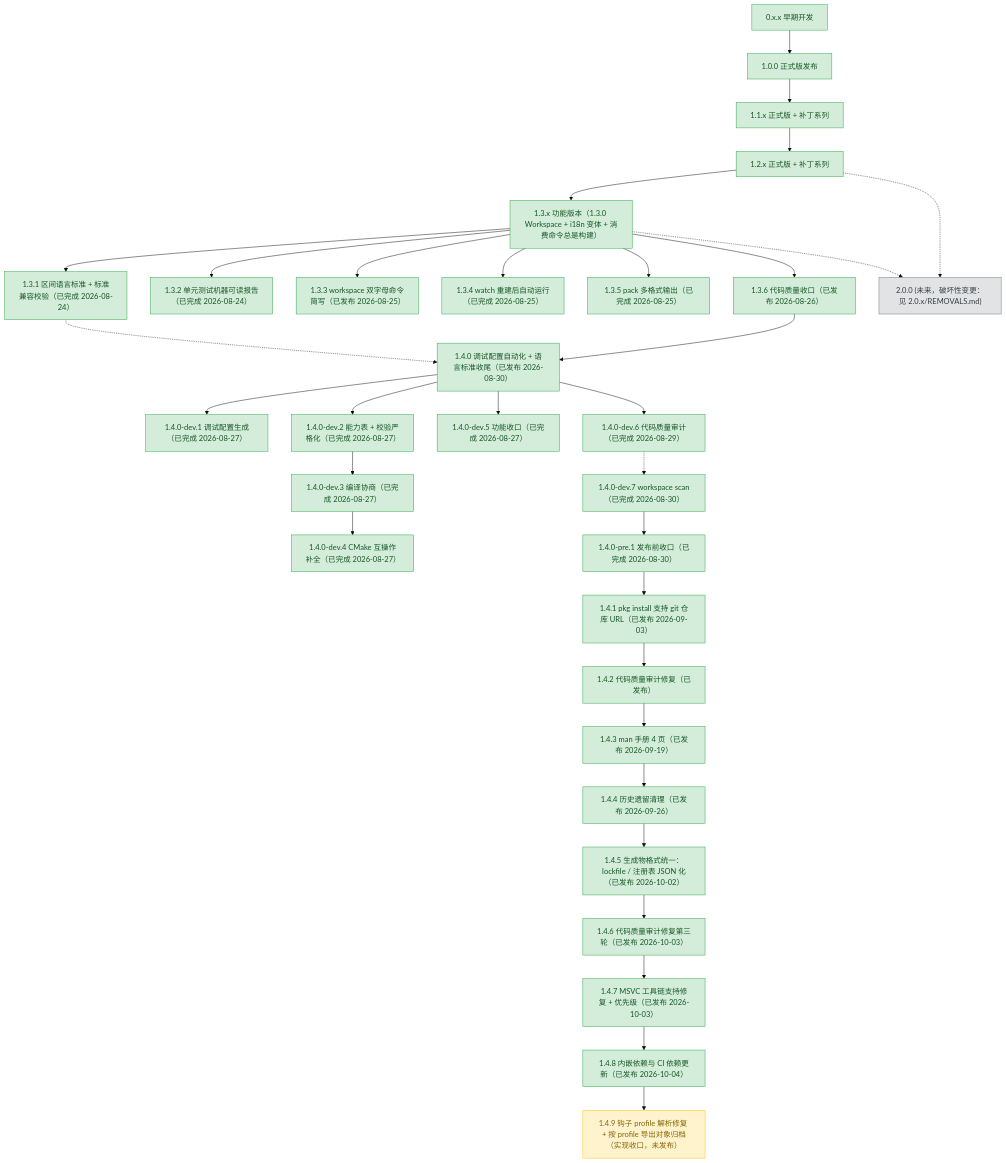
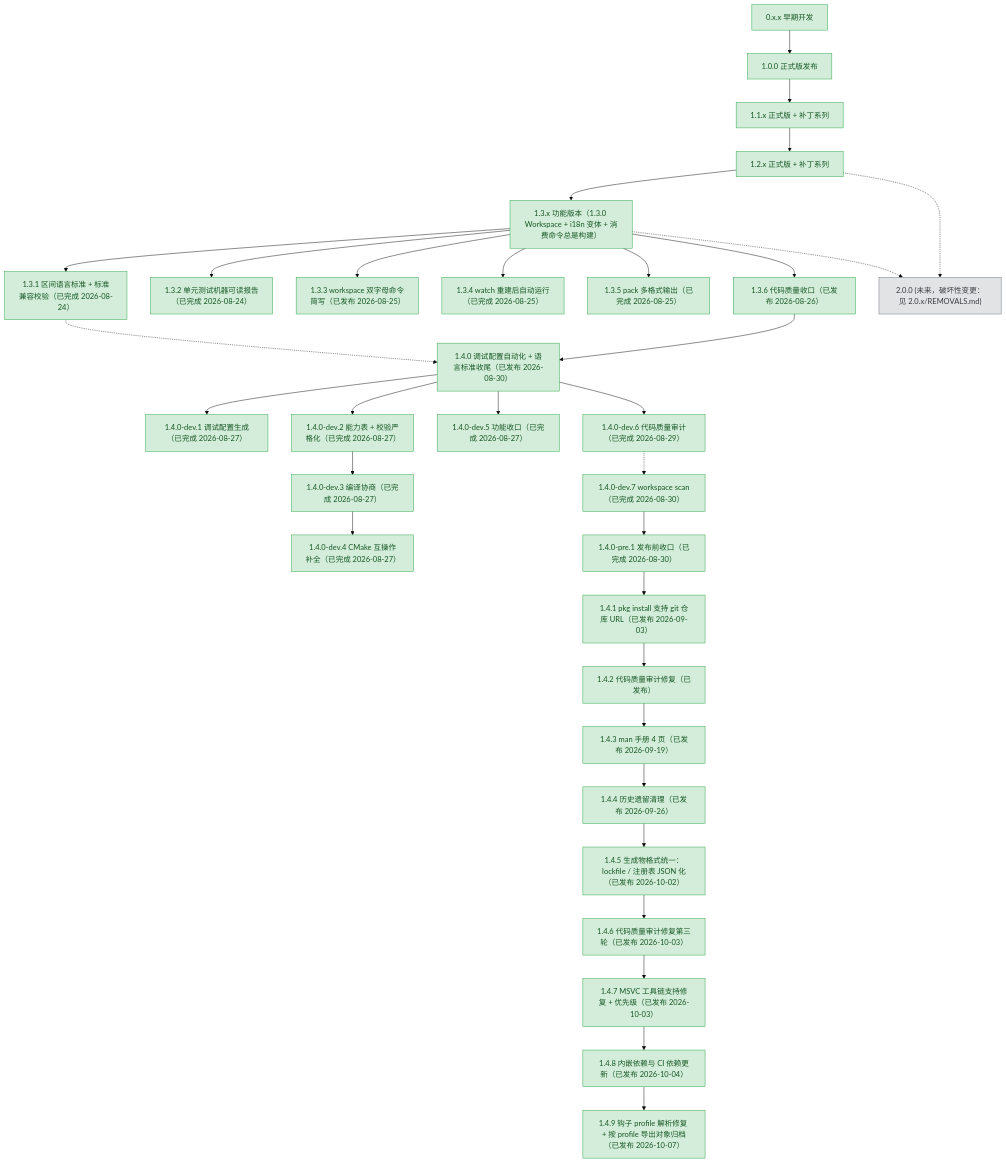
Before and after one commit to 3667808244/EazyMake: the diagram in plans/README.md, drawn with Mermaid (base theme). The commit also changed other lines of this file and 10 other files, not shown here.

````diff
--- a/plans/README.md
+++ b/plans/README.md
@@ -104,7 +105,7 @@
     v146p["1.4.6 代码质量审计修复第三轮（已发布 2026-10-03）"]
     v147p["1.4.7 MSVC 工具链支持修复 + 优先级（已发布 2026-10-03）"]
     v148p["1.4.8 内嵌依赖与 CI 依赖更新（已发布 2026-10-04）"]
-    v149p["1.4.9 钩子 profile 解析修复 + 按 profile 导出对象归档（实现收口，未发布）"]
+    v149p["1.4.9 钩子 profile 解析修复 + 按 profile 导出对象归档（已发布 2026-10-07）"]
     v200["2.0.0 (未来，破坏性变更：见 2.0.x/REMOVALS.md)"]
 
     v0xx --> v100
@@ -170,6 +171,6 @@
     class v146p done;
     class v147p done;
     class v148p done;
-    class v149p active;
+    class v149p done;
     class v200 todo;
 ```
````
